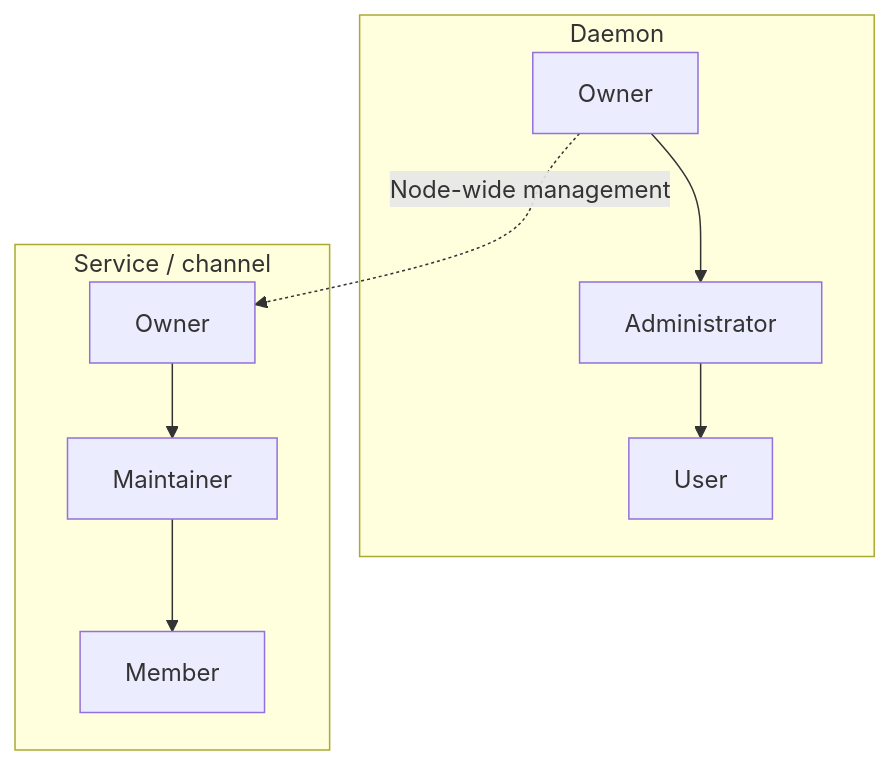
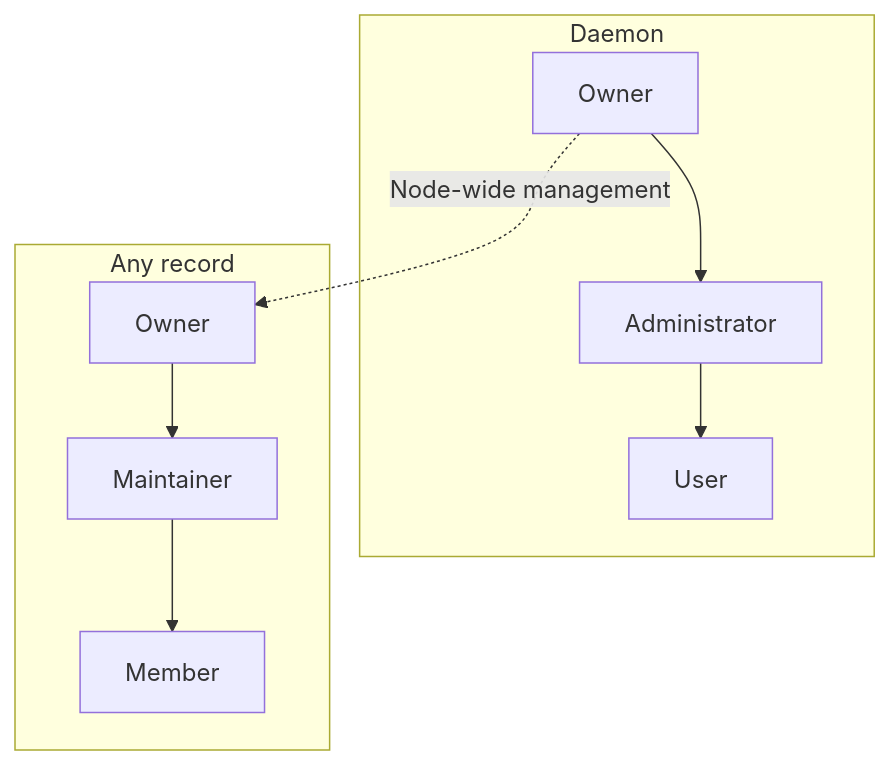
One commit to parf/ai-agent-bus changed the diagram in docs/01-identity-and-roles.md. Above: the diagram before and after it, drawn with Mermaid. The commit also changed other lines of this file and 25 other files, not shown here.

````diff
--- a/docs/01-identity-and-roles.md
+++ b/docs/01-identity-and-roles.md
@@ -55,10 +55,10 @@
 ```mermaid
 flowchart TB
     subgraph Node[Daemon]
         DO[Owner] --> DA[Administrator] --> DU[User]
     end
-    subgraph Resource[Service / channel]
+    subgraph Resource[Any record]
         RO[Owner] --> RM[Maintainer] --> Member[Member]
     end
     DO -. "Node-wide management" .-> RO
 ```
````
